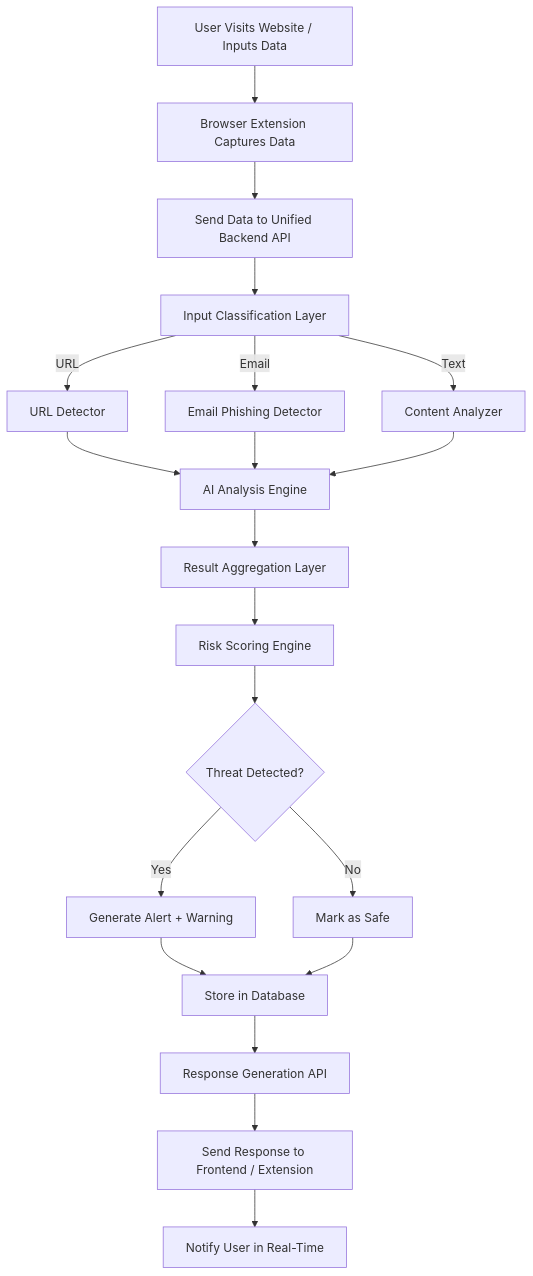
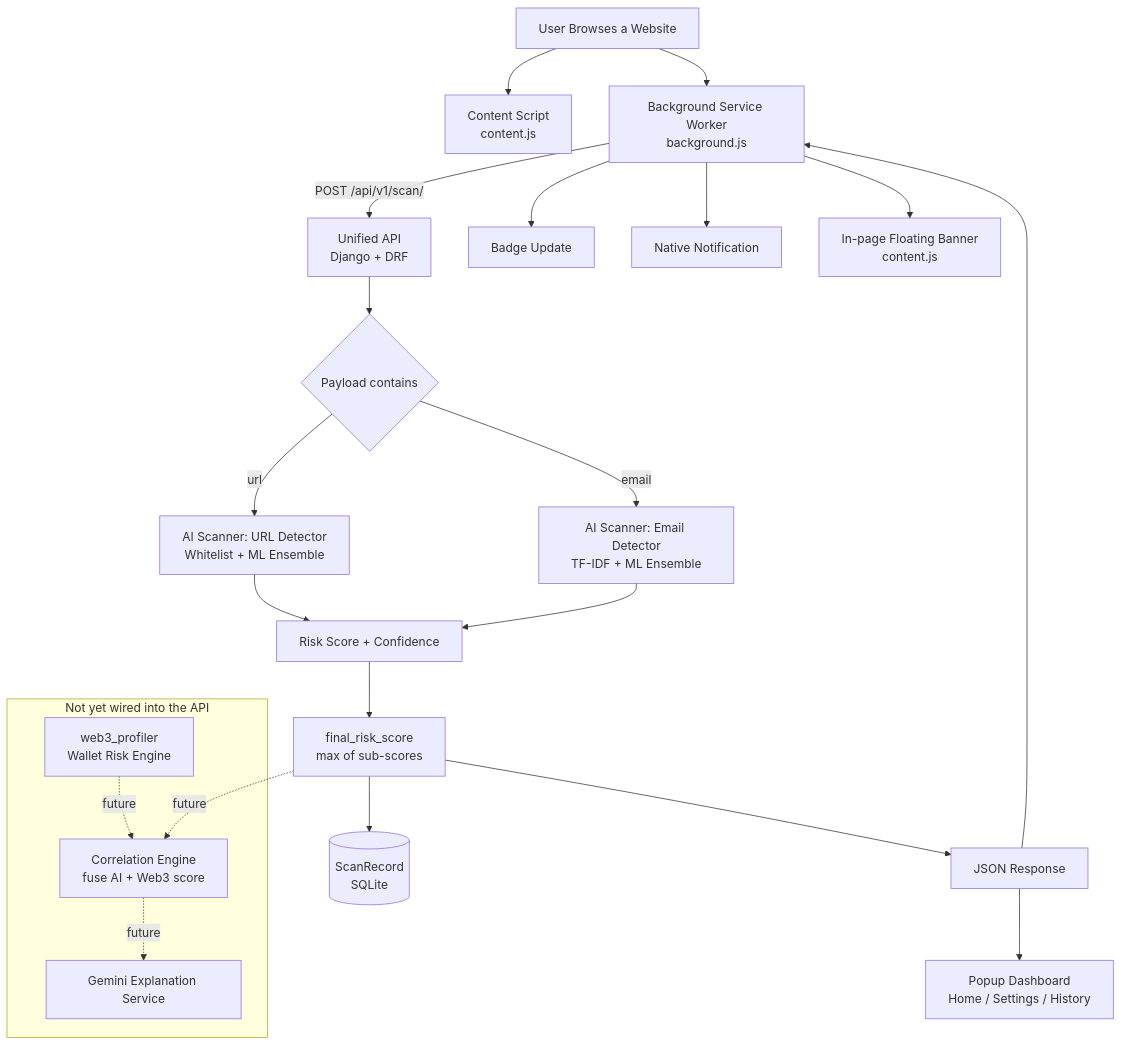
One commit to Ayushmishra9793/Trinetra-Ai changed the first of 2 diagrams in Readme.md. Above: the diagram before and after it, drawn with Mermaid. The commit also changed other lines of this file and 8 other files, not shown here.

Commit message:
docs: revamp README with updated architecture and project assets

````diff
--- a/Readme.md
+++ b/Readme.md
@@ -68,22 +86,33 @@
 ```mermaid
 flowchart TD
-    A[User Visits Website / Inputs Data] --> B[Browser Extension Captures Data]
-    B --> C[Send Data to Unified Backend API]
-    C --> D[Input Classification Layer]
-    D -->|URL| E1[URL Detector]
-    D -->|Email| E2[Email Phishing Detector]
-    D -->|Text| E3[Content Analyzer]
-    E1 --> F[AI Analysis Engine]
-    E2 --> F
-    E3 --> F
-    F --> G[Result Aggregation Layer]
-    G --> H[Risk Scoring Engine]
-    H --> I{Threat Detected?}
-    I -->|Yes| J[Generate Alert + Warning]
-    I -->|No| K[Mark as Safe]
-    J --> L[Store in Database]
-    K --> L
-    L --> M[Response Generation API]
-    M --> N[Send Response to Frontend / Extension]
-    N --> O[Notify User in Real-Time]
+    A[User Browses a Website] --> B[Content Script<br/>content.js]
+    A --> C[Background Service Worker<br/>background.js]
+    C -->|POST /api/v1/scan/| D[Unified API<br/>Django + DRF]
+
+    D --> E{Payload contains}
+    E -->|url| F[AI Scanner: URL Detector<br/>Whitelist + ML Ensemble]
+    E -->|email| G[AI Scanner: Email Detector<br/>TF-IDF + ML Ensemble]
+
+    F --> H[Risk Score + Confidence]
+    G --> H
+
+    H --> I[final_risk_score<br/>max of sub-scores]
+    I --> J[(ScanRecord<br/>SQLite)]
+    I --> K[JSON Response]
+
+    K --> C
+    C --> L[Badge Update]
+    C --> M[Native Notification]
+    C --> N[In-page Floating Banner<br/>content.js]
+    K --> O[Popup Dashboard<br/>Home / Settings / History]
+
+    subgraph Planned["Not yet wired into the API"]
+        P[web3_profiler<br/>Wallet Risk Engine]
+        Q[Correlation Engine<br/>fuse AI + Web3 score]
+        R[Gemini Explanation Service]
+    end
+
+    I -.future.-> Q
+    P -.future.-> Q
+    Q -.future.-> R
 ```
````
